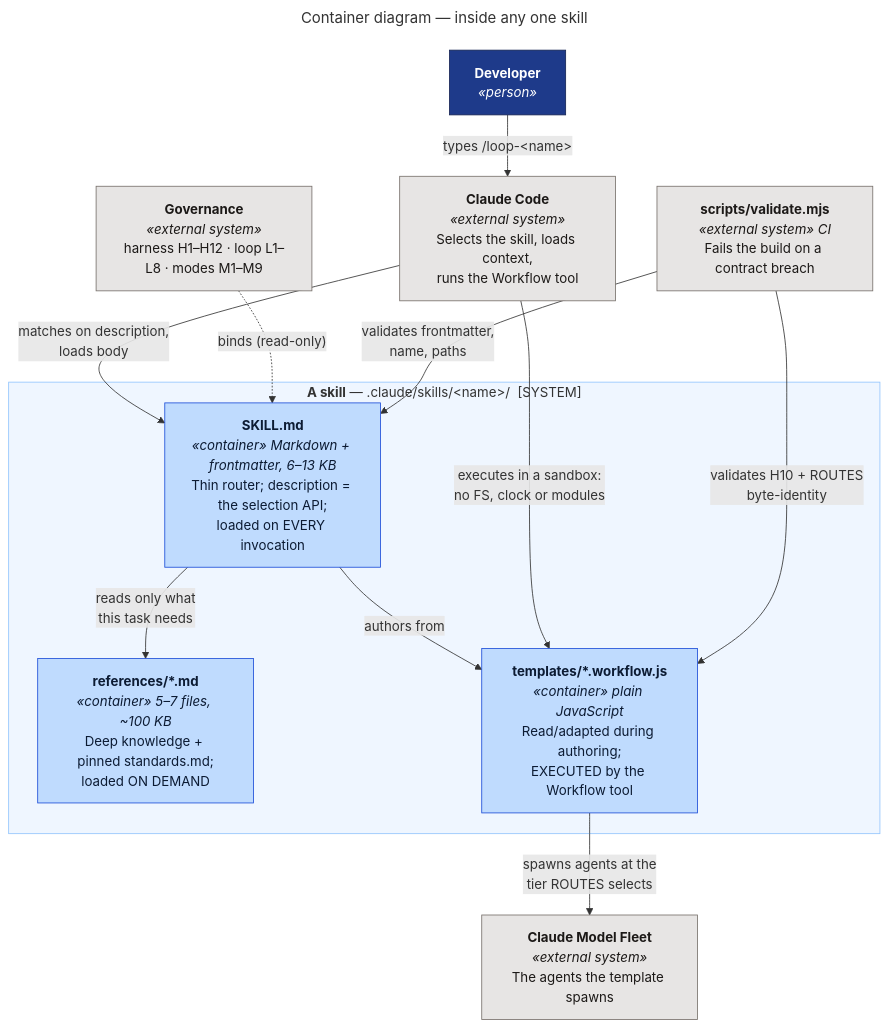
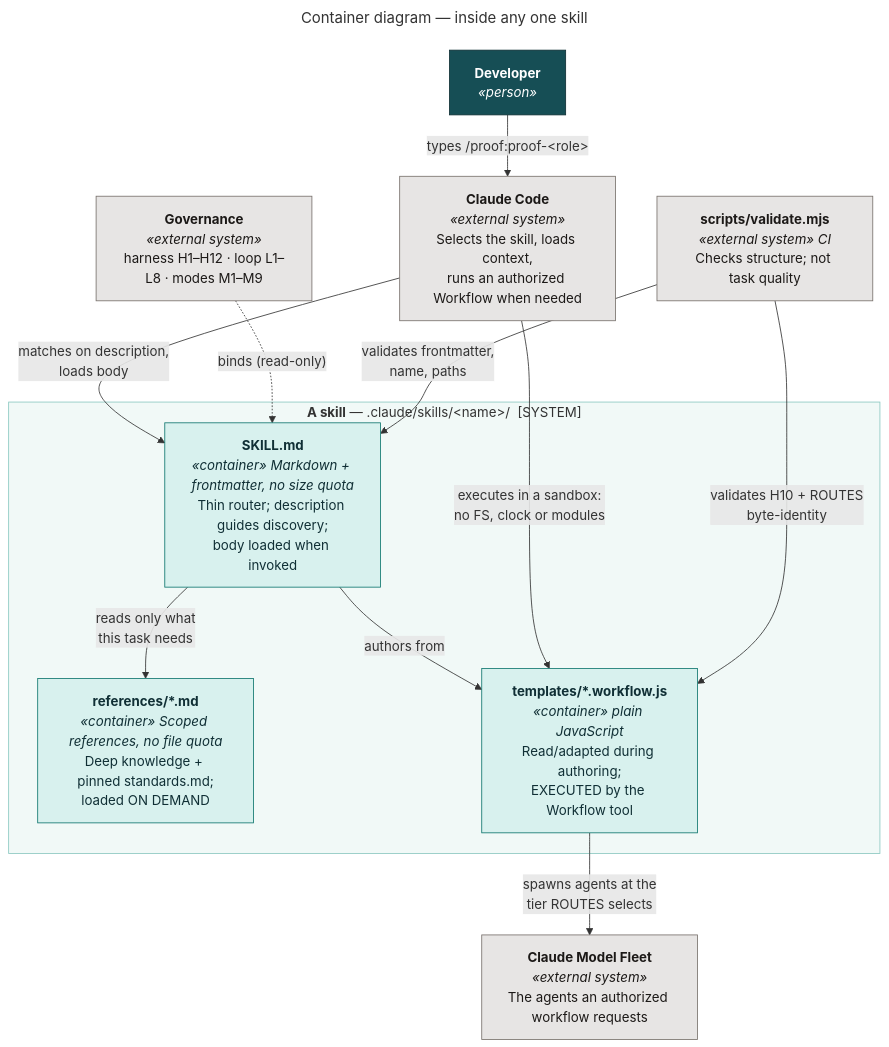
One commit to santapong/Proof changed the diagram in docs/c4/diagrams/src/skill-container-view.mmd. Above: the diagram before and after it, drawn with Mermaid. The commit also changed 58 other files, not shown here.

Commit message:
docs: refresh Proof identity and architecture artwork

```diff
--- a/docs/c4/diagrams/src/skill-container-view.mmd
+++ b/docs/c4/diagrams/src/skill-container-view.mmd
@@ -1,34 +1,34 @@
 ---
 title: "Container diagram — inside any one skill"
 ---
 flowchart TB
     dev["<b>Developer</b><br/><i>«person»</i>"]
-    host["<b>Claude Code</b><br/><i>«external system»</i><br/>Selects the skill, loads context,<br/>runs the Workflow tool"]
+    host["<b>Claude Code</b><br/><i>«external system»</i><br/>Selects the skill, loads context,<br/>runs an authorized Workflow when needed"]
 
     subgraph skill["<b>A skill</b> — .claude/skills/&lt;name&gt;/ &nbsp;[SYSTEM]"]
-        router["<b>SKILL.md</b><br/><i>«container» Markdown + frontmatter, 6–13 KB</i><br/>Thin router; description = the selection API;<br/>loaded on EVERY invocation"]
-        refs["<b>references/*.md</b><br/><i>«container» 5–7 files, ~100 KB</i><br/>Deep knowledge + pinned standards.md;<br/>loaded ON DEMAND"]
+        router["<b>SKILL.md</b><br/><i>«container» Markdown + frontmatter, no size quota</i><br/>Thin router; description guides discovery;<br/>body loaded when invoked"]
+        refs["<b>references/*.md</b><br/><i>«container» Scoped references, no file quota</i><br/>Deep knowledge + pinned standards.md;<br/>loaded ON DEMAND"]
         tmpl["<b>templates/*.workflow.js</b><br/><i>«container» plain JavaScript</i><br/>Read/adapted during authoring;<br/>EXECUTED by the Workflow tool"]
     end
 
     law["<b>Governance</b><br/><i>«external system»</i><br/>harness H1–H12 · loop L1–L8 · modes M1–M9"]
-    gate["<b>scripts/validate.mjs</b><br/><i>«external system» CI</i><br/>Fails the build on a contract breach"]
-    fleet["<b>Claude Model Fleet</b><br/><i>«external system»</i><br/>The agents the template spawns"]
+    gate["<b>scripts/validate.mjs</b><br/><i>«external system» CI</i><br/>Checks structure; not task quality"]
+    fleet["<b>Claude Model Fleet</b><br/><i>«external system»</i><br/>The agents an authorized workflow requests"]
 
-    dev -- "types /loop-&lt;name&gt;" --> host
+    dev -- "types /proof:proof-&lt;role&gt;" --> host
     host -- "matches on description,<br/>loads body" --> router
     router -- "reads only what<br/>this task needs" --> refs
     router -- "authors from" --> tmpl
     law -. "binds (read-only)" .-> router
     host -- "executes in a sandbox:<br/>no FS, clock or modules" --> tmpl
     tmpl -- "spawns agents at the<br/>tier ROUTES selects" --> fleet
     gate -- "validates frontmatter,<br/>name, paths" --> router
     gate -- "validates H10 + ROUTES<br/>byte-identity" --> tmpl
 
-    classDef person fill:#1E3A8A,stroke:#172554,color:#fff
-    classDef container fill:#BFDBFE,stroke:#1D4ED8,color:#0C1B33
+    classDef person fill:#164E55,stroke:#102F35,color:#fff
+    classDef container fill:#D8F1EE,stroke:#0F766E,color:#102F35
     classDef ext fill:#E7E5E4,stroke:#78716C,color:#1C1917
     class dev person
     class router,refs,tmpl container
     class host,law,gate,fleet ext
-    style skill fill:#EFF6FF,stroke:#93C5FD
+    style skill fill:#F1F9F7,stroke:#8BC8C1
```
